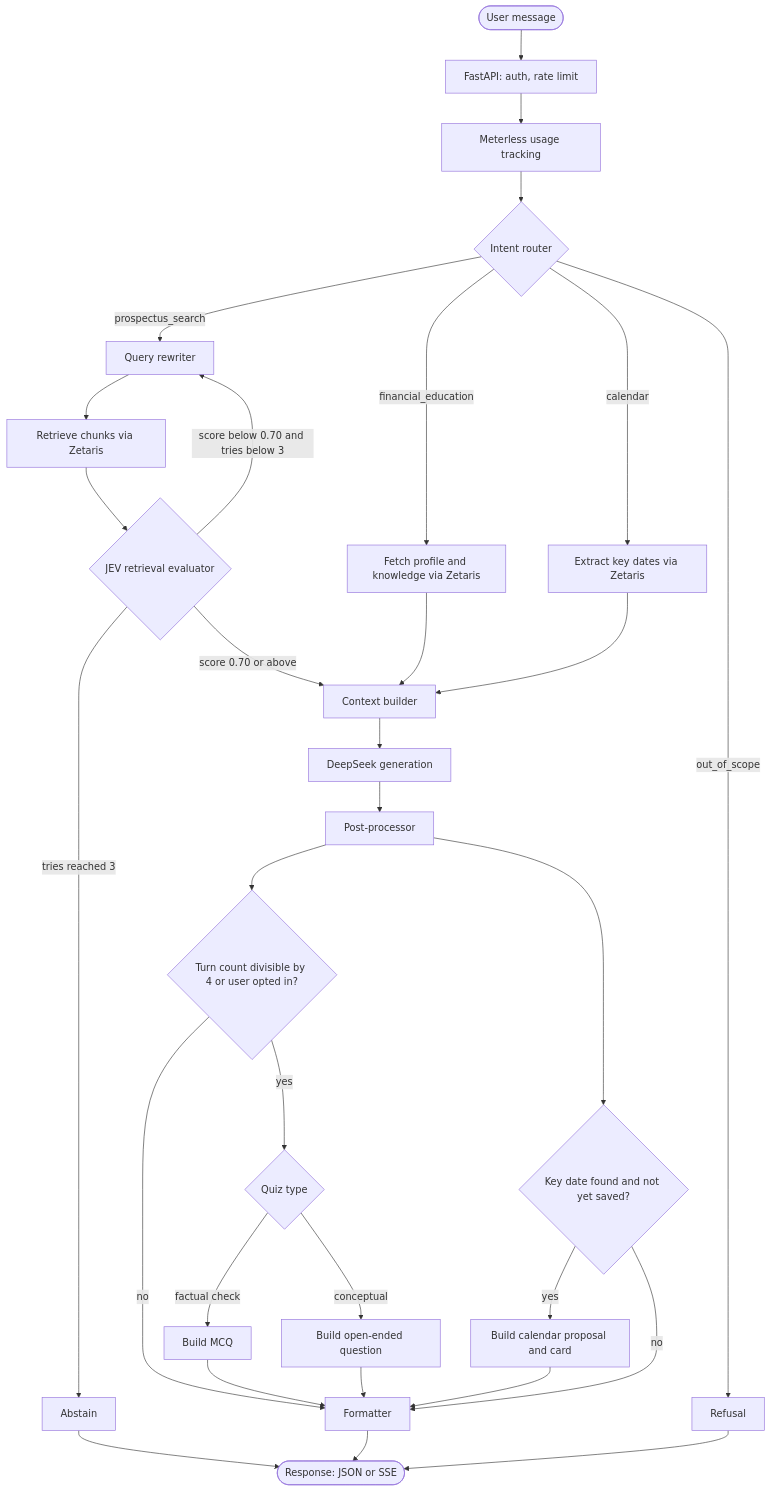
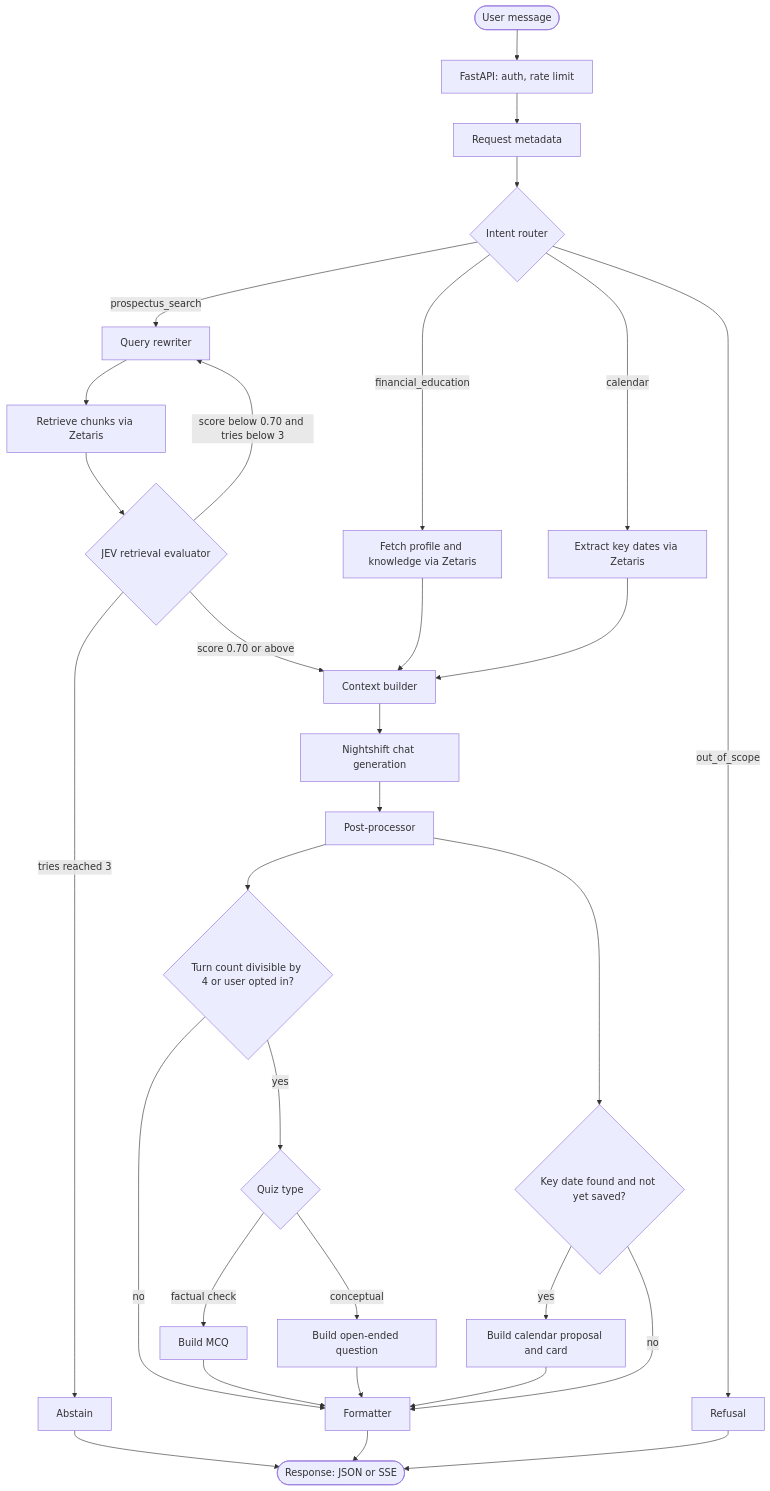
Before and after one commit to JustSympa/Mostro-AI-OAH: the first of 2 diagrams in README.md, drawn with Mermaid. The commit also changed other lines of this file and 15 other files, not shown here.

````diff
--- a/README.md
+++ b/README.md
@@ -136,39 +139,39 @@
 ```mermaid
 flowchart TD
     U([User message]) --> GW[FastAPI: auth, rate limit]
-    GW --> MT[Meterless usage tracking]
+    GW --> MT[Request metadata]
     MT --> R{Intent router}
 
     R -->|prospectus_search| QR[Query rewriter]
     R -->|financial_education| EF[Fetch profile and knowledge via Zetaris]
     R -->|calendar| CE[Extract key dates via Zetaris]
     R -->|out_of_scope| RF[Refusal]
 
     QR --> RT[Retrieve chunks via Zetaris]
     RT --> J{JEV retrieval evaluator}
     J -->|score below 0.70 and tries below 3| QR
     J -->|tries reached 3| AB[Abstain]
     J -->|score 0.70 or above| CB[Context builder]
 
     EF --> CB
     CE --> CB
-    CB --> G[DeepSeek generation]
+    CB --> G[Nightshift chat generation]
     G --> PP[Post-processor]
 
     PP --> QC{Turn count divisible by 4 or user opted in?}
     QC -->|no| F[Formatter]
     QC -->|yes| QT{Quiz type}
     QT -->|factual check| MCQ[Build MCQ]
     QT -->|conceptual| OPEN[Build open-ended question]
     MCQ --> F
     OPEN --> F
 
     PP --> CC{Key date found and not yet saved?}
     CC -->|yes| CP[Build calendar proposal and card]
     CC -->|no| F
     CP --> F
 
     F --> OUT([Response: JSON or SSE])
     AB --> OUT
     RF --> OUT
 ```
````
